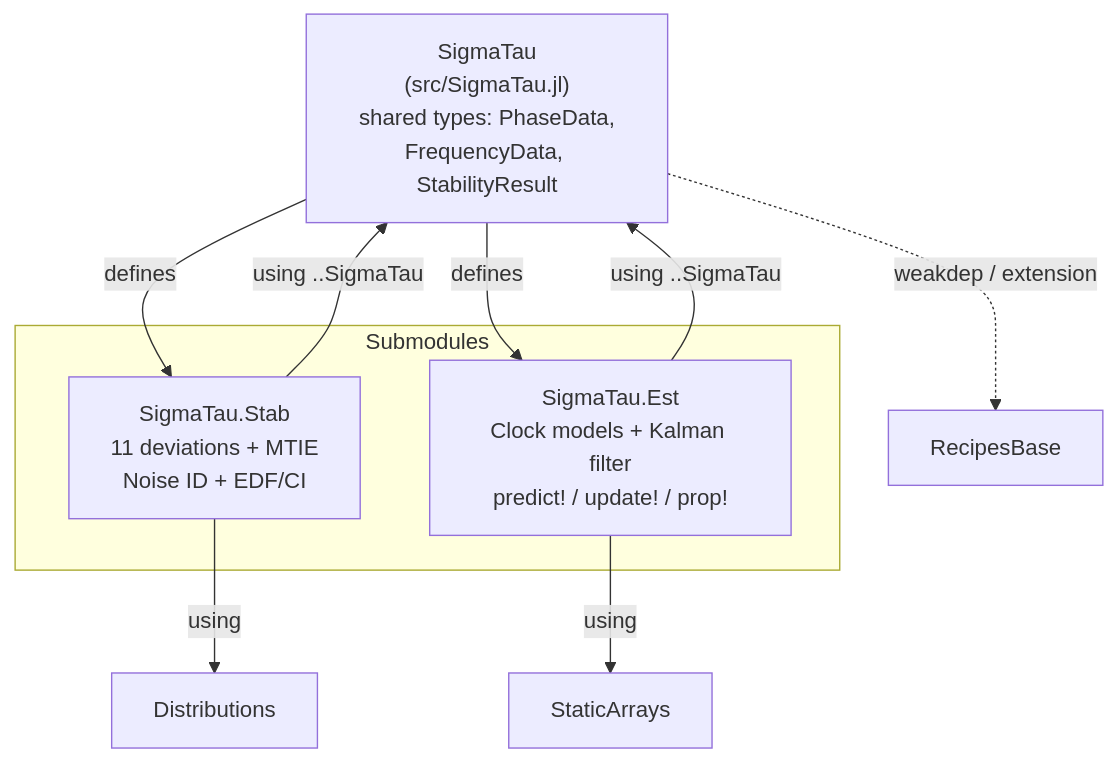
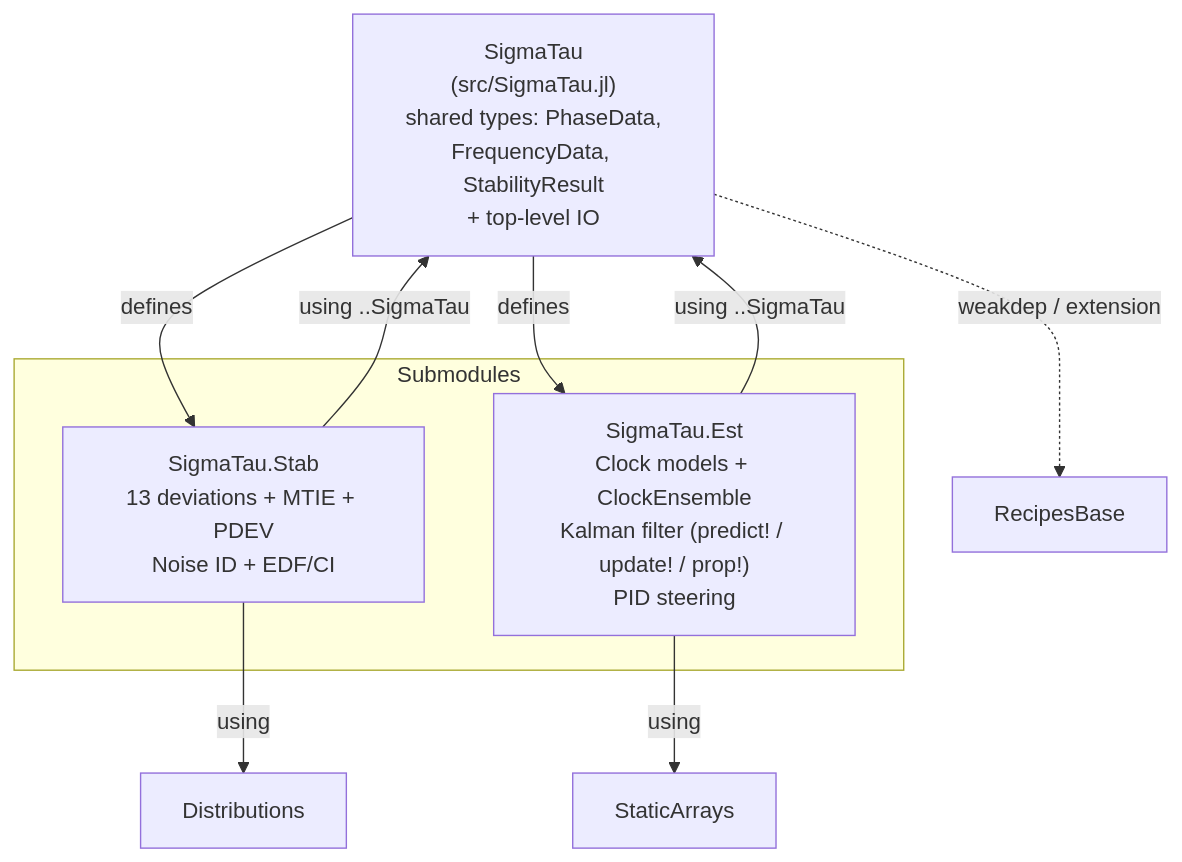
Before and after one commit to ianlap/SigmaTau.jl: the diagram in project_overview.md, drawn with Mermaid. The commit also changed other lines of this file and 4 other files, not shown here.

````diff
--- a/project_overview.md
+++ b/project_overview.md
@@ -11,17 +11,17 @@
 ```mermaid
 graph TD
-    ST["SigmaTau<br/>(src/SigmaTau.jl)<br/>shared types: PhaseData,<br/>FrequencyData, StabilityResult"]
+    ST["SigmaTau<br/>(src/SigmaTau.jl)<br/>shared types: PhaseData,<br/>FrequencyData, StabilityResult<br/>+ top-level IO"]
 
     subgraph "Submodules"
-        STAB["SigmaTau.Stab<br/>11 deviations + MTIE<br/>Noise ID + EDF/CI"]
-        EST["SigmaTau.Est<br/>Clock models + Kalman filter<br/>predict! / update! / prop!"]
+        STAB["SigmaTau.Stab<br/>13 deviations + MTIE + PDEV<br/>Noise ID + EDF/CI"]
+        EST["SigmaTau.Est<br/>Clock models + ClockEnsemble<br/>Kalman filter (predict! / update! / prop!)<br/>PID steering"]
     end
 
     ST -->|"defines"| STAB
     ST -->|"defines"| EST
     STAB -->|"using ..SigmaTau"| ST
     EST -->|"using ..SigmaTau"| ST
     STAB -->|"using"| Distributions
     EST -->|"using"| StaticArrays
     ST -.->|"weakdep / extension"| RecipesBase
 ```
````
